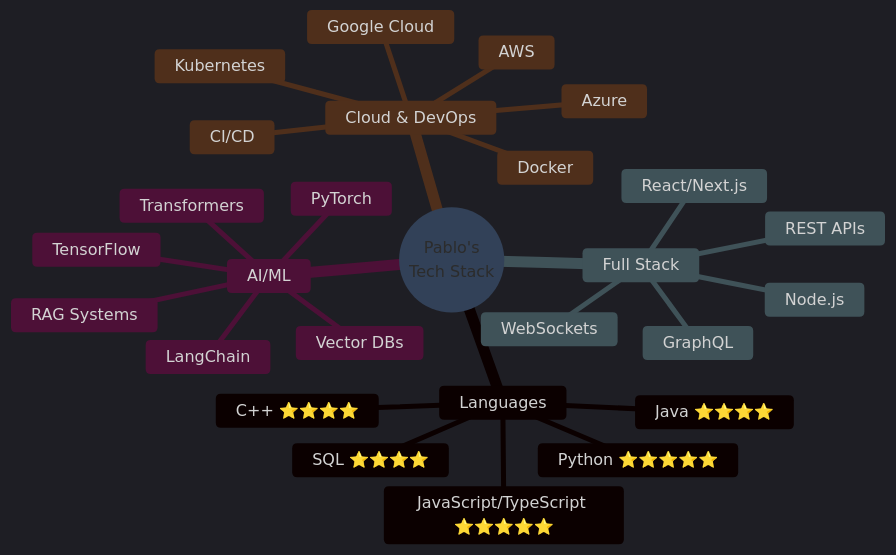
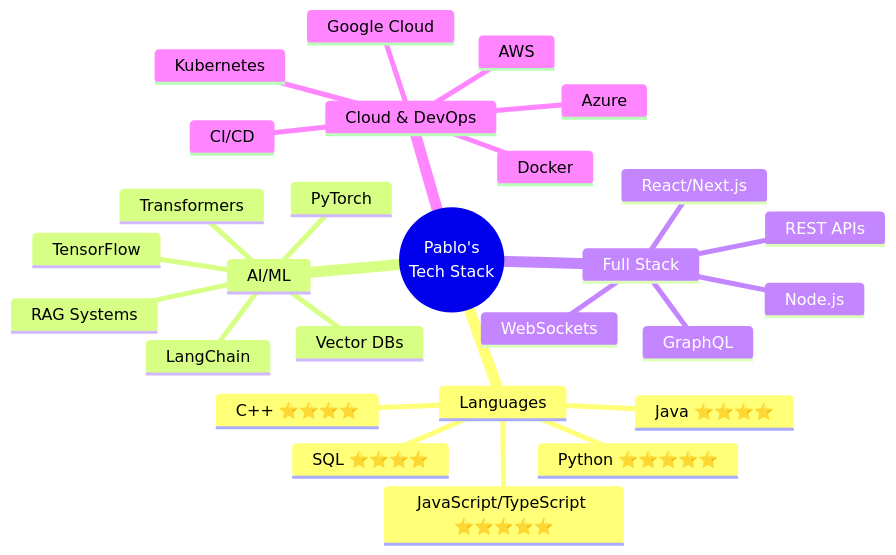
The first of 2 diagrams in README.md (pleyva2004/pleyva2004), drawn with Mermaid before and after one commit. The commit also changed other lines of this file, not shown here.

First line of the commit message:
Revert README changes back to Init state

````diff
--- a/README.md
+++ b/README.md
@@ -292,31 +286,30 @@
 ```mermaid
-%%{init: {'theme':'dark', 'themeVariables': { 'primaryColor':'#1f6feb', 'primaryTextColor':'#fff', 'primaryBorderColor':'#30363d', 'lineColor':'#58a6ff', 'secondaryColor':'#0d1117', 'tertiaryColor':'#161b22', 'fontSize':'16px'}}}%%
 mindmap
   root((Pablo's<br/>Tech Stack))
     Languages
       Python ⭐⭐⭐⭐⭐
       JavaScript/TypeScript ⭐⭐⭐⭐⭐
       Java ⭐⭐⭐⭐
       C++ ⭐⭐⭐⭐
       SQL ⭐⭐⭐⭐
     AI/ML
       PyTorch
       TensorFlow
       Transformers
       LangChain
       RAG Systems
       Vector DBs
     Full Stack
       React/Next.js
       Node.js
       REST APIs
       GraphQL
       WebSockets
     Cloud & DevOps
       AWS
       Google Cloud
       Azure
       Docker
       Kubernetes
       CI/CD
 ```
````
